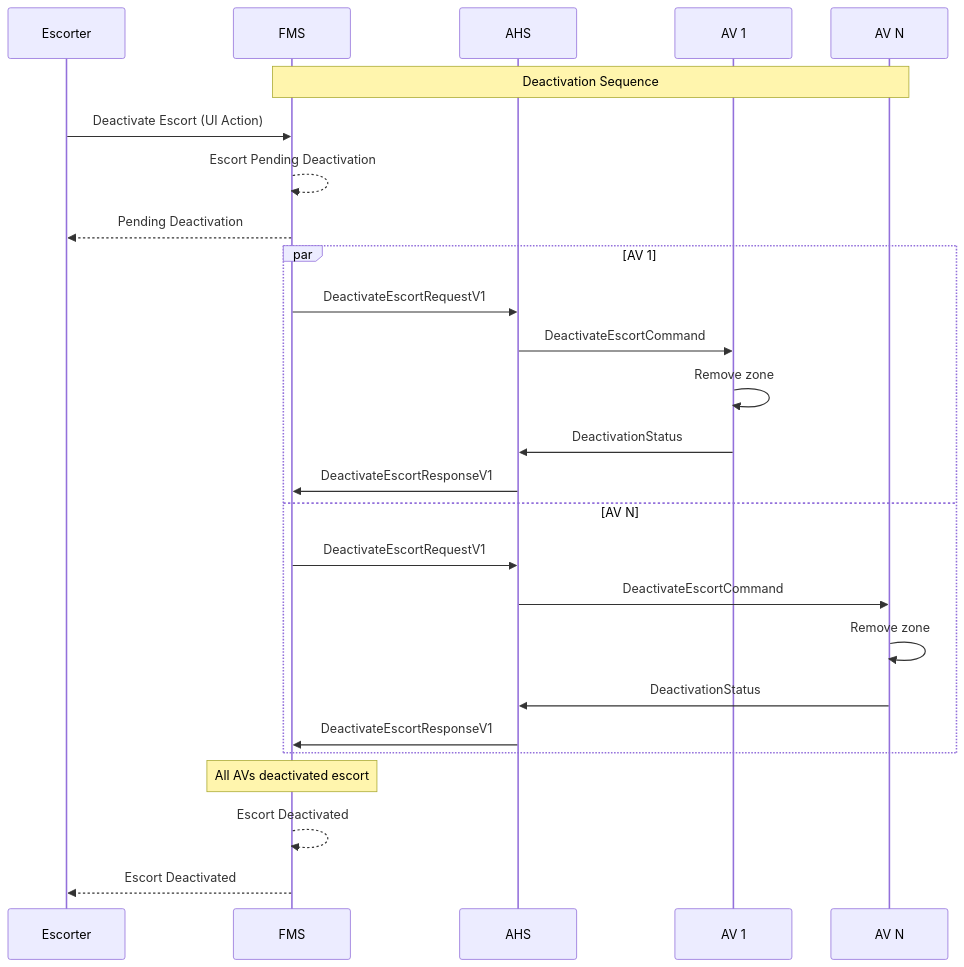
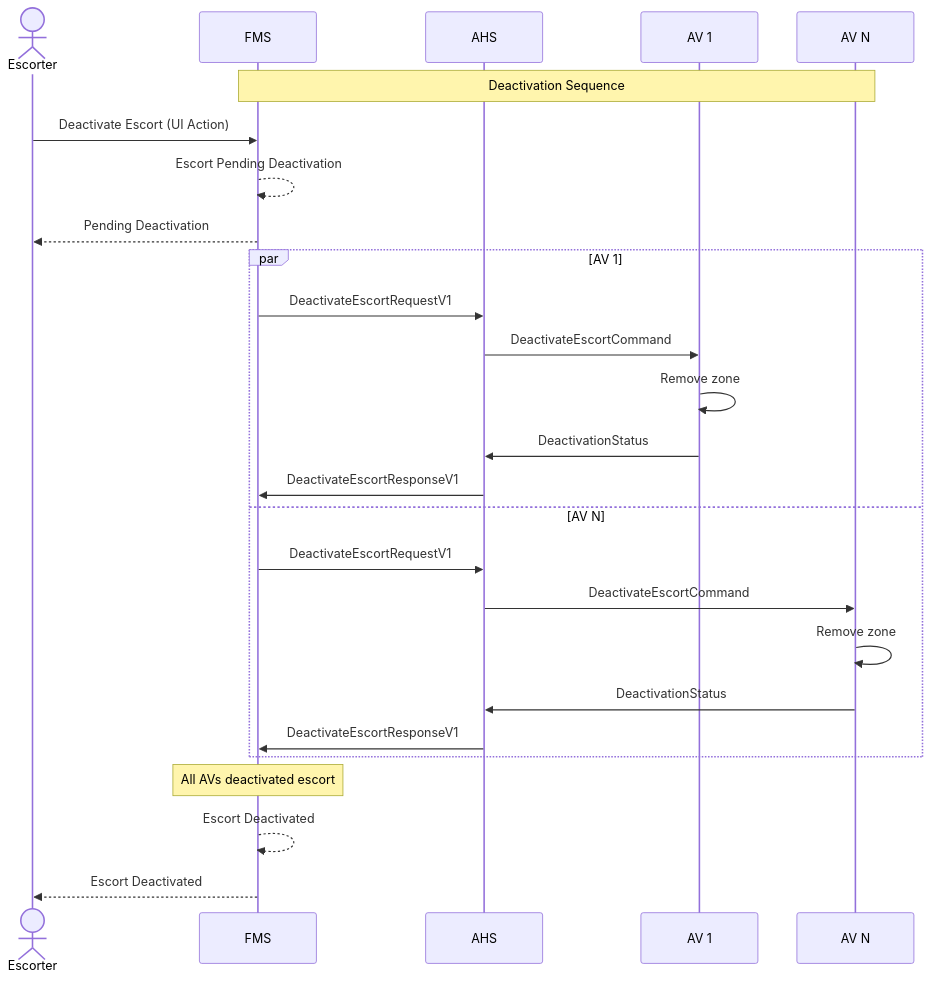
Before and after one commit to open-autonomy/escort: the first of 2 diagrams in diagram/EscortDeactivation.md, drawn with Mermaid. The commit also changed 2 other files, not shown here.

Commit message:
Replace participant User with actor Escorter

````diff
--- a/diagram/EscortDeactivation.md
+++ b/diagram/EscortDeactivation.md
@@ -10,31 +10,31 @@
 ```mermaid
 sequenceDiagram
-    participant Escorter
+    actor Escorter
     participant FMS
     participant AHS
     participant AV 1
     participant AV N
 
     Note over FMS,AV N: Deactivation Sequence
     Escorter->>FMS: Deactivate Escort (UI Action)
     FMS-->>FMS: Escort Pending Deactivation
     FMS-->>Escorter: Pending Deactivation
 
     par AV 1
         FMS->>AHS: DeactivateEscortRequestV1
         AHS->>AV 1: DeactivateEscortCommand
         AV 1->>AV 1: Remove zone
         AV 1->>AHS: DeactivationStatus
         AHS->>FMS: DeactivateEscortResponseV1
     and AV N
         FMS->>AHS: DeactivateEscortRequestV1
         AHS->>AV N: DeactivateEscortCommand
         AV N->>AV N: Remove zone
         AV N->>AHS: DeactivationStatus
         AHS->>FMS: DeactivateEscortResponseV1
     end
 
     Note over FMS: All AVs deactivated escort
     FMS-->>FMS: Escort Deactivated
     FMS-->>Escorter: Escort Deactivated
 ```
````
